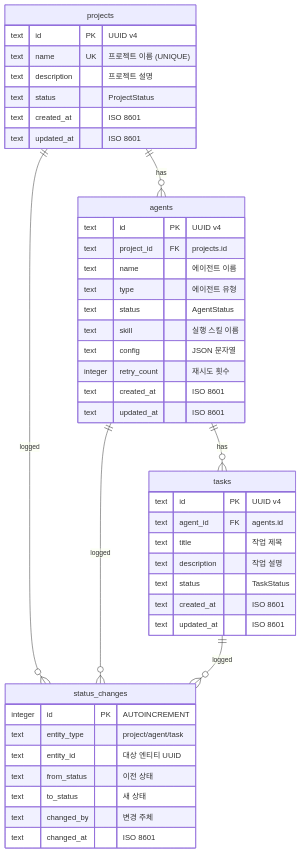
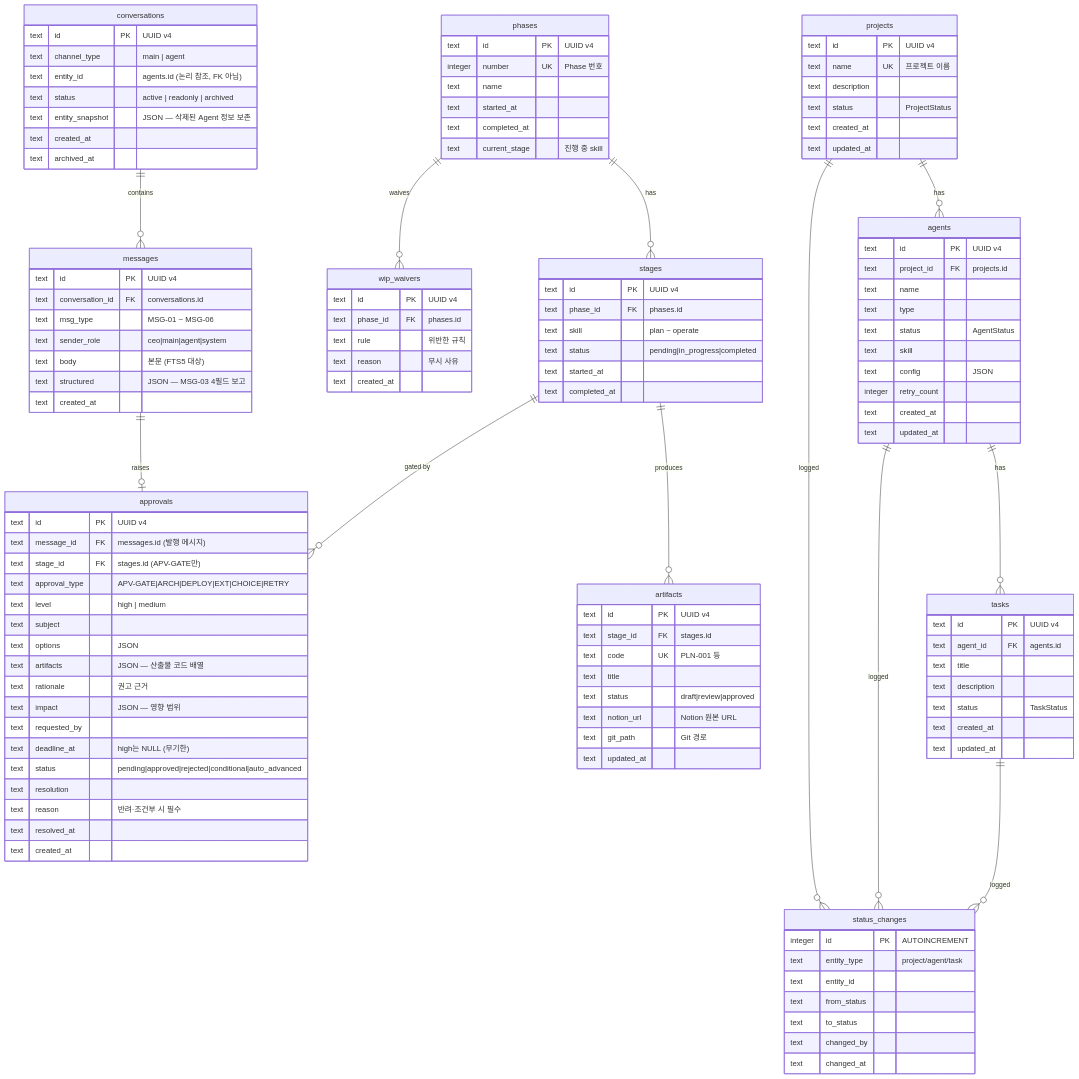
The diagram in docs/design/data/des-003-data-model.md (AI-Agent-Jeon/ClaudeManager-v2), drawn with Mermaid before and after one commit. The commit also changed other lines of this file and 3 other files, not shown here.

````diff
--- a/docs/design/data/des-003-data-model.md
+++ b/docs/design/data/des-003-data-model.md
@@ -20,45 +32,129 @@
     agents ||--o{ status_changes : "logged"
     tasks ||--o{ status_changes : "logged"
 
+    conversations ||--o{ messages : "contains"
+    messages ||--o| approvals : "raises"
+    phases ||--o{ stages : "has"
+    phases ||--o{ wip_waivers : "waives"
+    stages ||--o{ artifacts : "produces"
+    stages ||--o{ approvals : "gated by"
+
     projects {
         text id PK "UUID v4"
-        text name UK "프로젝트 이름 (UNIQUE)"
-        text description "프로젝트 설명"
+        text name UK "프로젝트 이름"
+        text description
         text status "ProjectStatus"
-        text created_at "ISO 8601"
-        text updated_at "ISO 8601"
+        text created_at
+        text updated_at
     }
 
     agents {
         text id PK "UUID v4"
         text project_id FK "projects.id"
-        text name "에이전트 이름"
-        text type "에이전트 유형"
+        text name
+        text type
         text status "AgentStatus"
-        text skill "실행 스킬 이름"
-        text config "JSON 문자열"
-        integer retry_count "재시도 횟수"
-        text created_at "ISO 8601"
-        text updated_at "ISO 8601"
+        text skill
+        text config "JSON"
+        integer retry_count
+        text created_at
+        text updated_at
     }
 
     tasks {
         text id PK "UUID v4"
         text agent_id FK "agents.id"
-        text title "작업 제목"
-        text description "작업 설명"
+        text title
+        text description
         text status "TaskStatus"
-        text created_at "ISO 8601"
-        text updated_at "ISO 8601"
+        text created_at
+        text updated_at
     }
 
     status_changes {
         integer id PK "AUTOINCREMENT"
         text entity_type "project/agent/task"
-        text entity_id "대상 엔티티 UUID"
-        text from_status "이전 상태"
-        text to_status "새 상태"
-        text changed_by "변경 주체"
-        text changed_at "ISO 8601"
+        text entity_id
+        text from_status
+        text to_status
+        text changed_by
+        text changed_at
+    }
+
+    conversations {
+        text id PK "UUID v4"
+        text channel_type "main | agent"
+        text entity_id "agents.id (논리 참조, FK 아님)"
+        text status "active | readonly | archived"
+        text entity_snapshot "JSON — 삭제된 Agent 정보 보존"
+        text created_at
+        text archived_at
+    }
+
+    messages {
+        text id PK "UUID v4"
+        text conversation_id FK "conversations.id"
+        text msg_type "MSG-01 ~ MSG-06"
+        text sender_role "ceo|main|agent|system"
+        text body "본문 (FTS5 대상)"
+        text structured "JSON — MSG-03 4필드 보고"
+        text created_at
+    }
+
+    approvals {
+        text id PK "UUID v4"
+        text message_id FK "messages.id (발행 메시지)"
+        text stage_id FK "stages.id (APV-GATE만)"
+        text approval_type "APV-GATE|ARCH|DEPLOY|EXT|CHOICE|RETRY"
+        text level "high | medium"
+        text subject
+        text options "JSON"
+        text artifacts "JSON — 산출물 코드 배열"
+        text rationale "권고 근거"
+        text impact "JSON — 영향 범위"
+        text requested_by
+        text deadline_at "high는 NULL (무기한)"
+        text status "pending|approved|rejected|conditional|auto_advanced"
+        text resolution
+        text reason "반려·조건부 시 필수"
+        text resolved_at
+        text created_at
+    }
+
+    phases {
+        text id PK "UUID v4"
+        integer number UK "Phase 번호"
+        text name
+        text started_at
+        text completed_at
+        text current_stage "진행 중 skill"
+    }
+
+    stages {
+        text id PK "UUID v4"
+        text phase_id FK "phases.id"
+        text skill "plan ~ operate"
+        text status "pending|in_progress|completed"
+        text started_at
+        text completed_at
+    }
+
+    artifacts {
+        text id PK "UUID v4"
+        text stage_id FK "stages.id"
+        text code UK "PLN-001 등"
+        text title
+        text status "draft|review|approved"
+        text notion_url "Notion 원본 URL"
+        text git_path "Git 경로"
+        text updated_at
+    }
+
+    wip_waivers {
+        text id PK "UUID v4"
+        text phase_id FK "phases.id"
+        text rule "위반한 규칙"
+        text reason "무시 사유"
+        text created_at
     }
 ```
````
